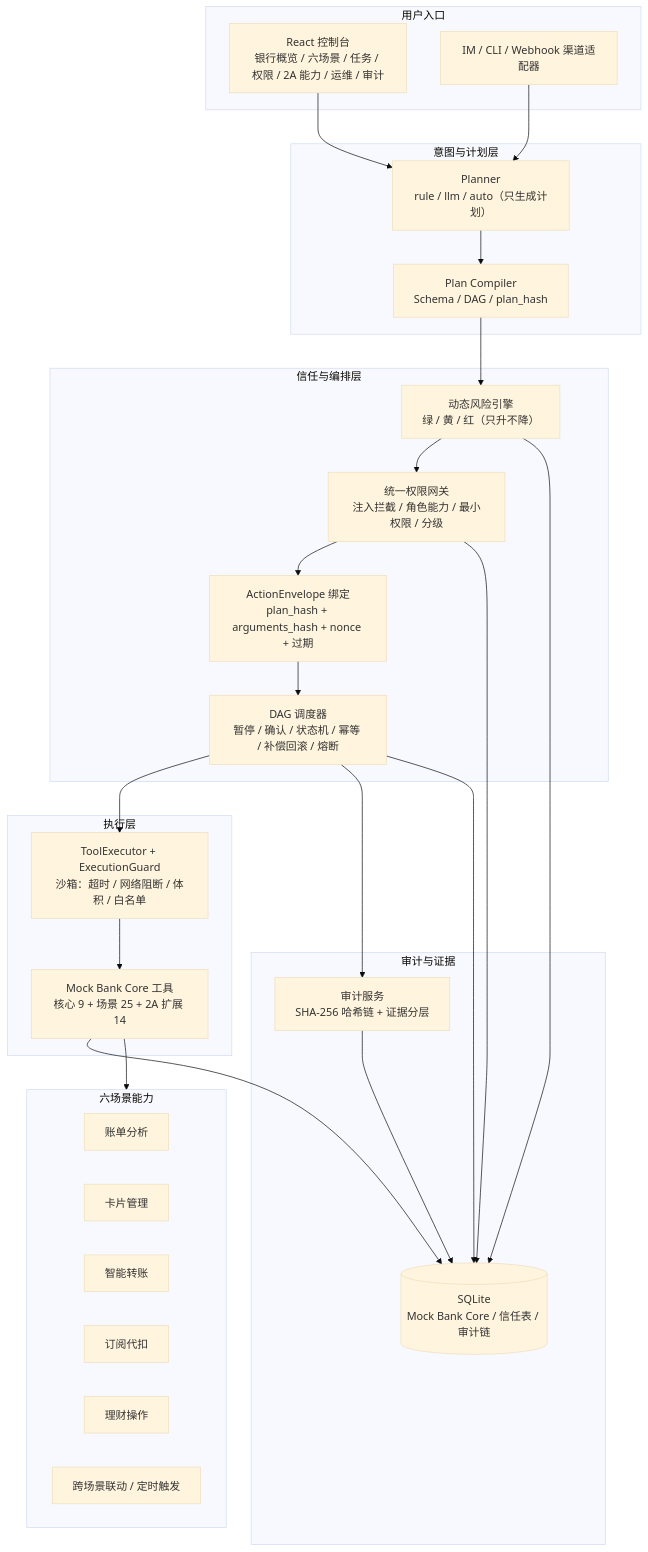
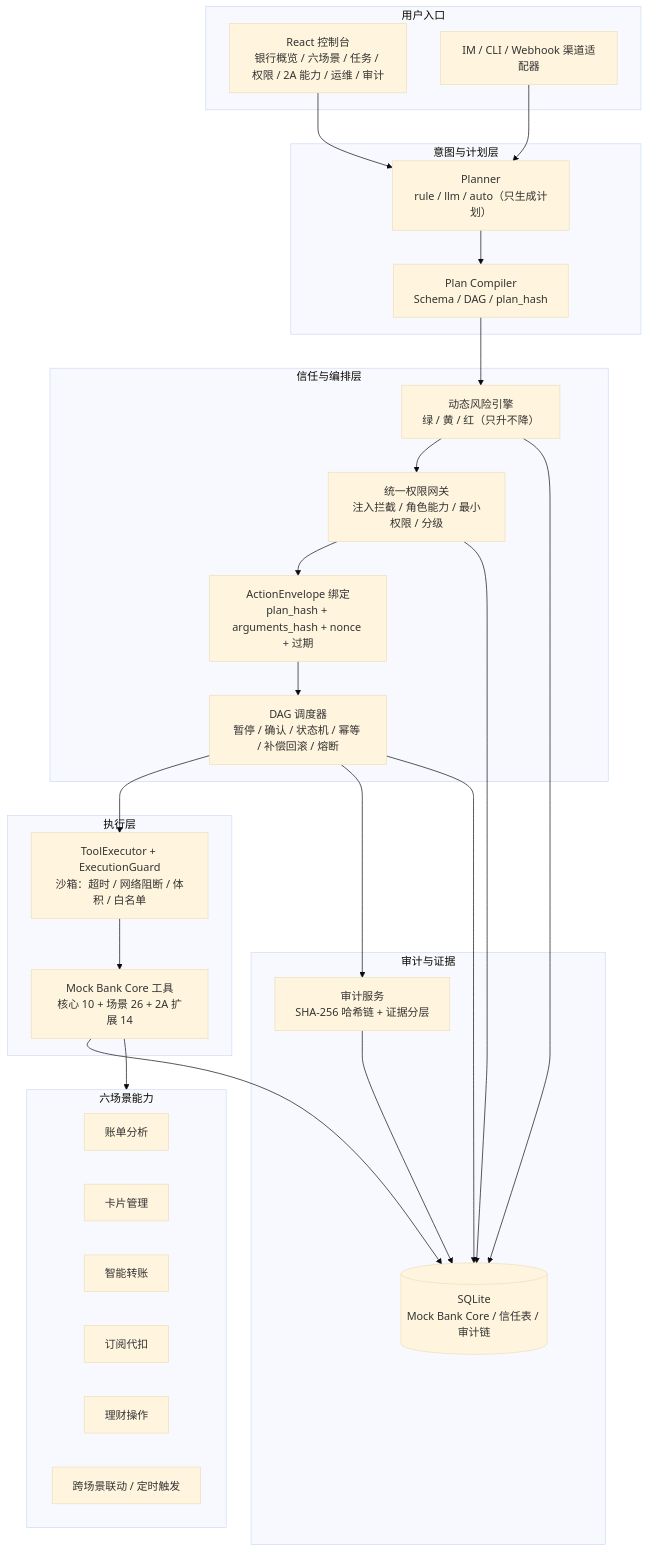
Before and after one commit to 0xChainAegis/aegisbank: the diagram in docs/architecture/aegisbank-architecture-v2.mmd, drawn with Mermaid (base theme). The commit also changed 1 other file, not shown here.

```diff
--- a/docs/architecture/aegisbank-architecture-v2.mmd
+++ b/docs/architecture/aegisbank-architecture-v2.mmd
@@ -1,48 +1,48 @@
 flowchart TB
   subgraph UX["用户入口"]
     UI["React 控制台<br/>银行概览 / 六场景 / 任务 / 权限 / 2A 能力 / 运维 / 审计"]
     IM["IM / CLI / Webhook 渠道适配器"]
   end
 
   subgraph PLAN["意图与计划层"]
     P["Planner<br/>rule / llm / auto（只生成计划）"]
     C["Plan Compiler<br/>Schema / DAG / plan_hash"]
   end
 
   subgraph TRUST["信任与编排层"]
     R["动态风险引擎<br/>绿 / 黄 / 红（只升不降）"]
     G["统一权限网关<br/>注入拦截 / 角色能力 / 最小权限 / 分级"]
     E["ActionEnvelope 绑定<br/>plan_hash + arguments_hash + nonce + 过期"]
     S["DAG 调度器<br/>暂停 / 确认 / 状态机 / 幂等 / 补偿回滚 / 熔断"]
   end
 
   subgraph EXEC["执行层"]
     X["ToolExecutor + ExecutionGuard<br/>沙箱：超时 / 网络阻断 / 体积 / 白名单"]
-    T["Mock Bank Core 工具<br/>核心 9 + 场景 25 + 2A 扩展 14"]
+    T["Mock Bank Core 工具<br/>核心 10 + 场景 26 + 2A 扩展 14"]
   end
 
   subgraph SCEN["六场景能力"]
     S1["账单分析"]
     S2["卡片管理"]
     S3["智能转账"]
     S4["订阅代扣"]
     S5["理财操作"]
     S6["跨场景联动 / 定时触发"]
   end
 
   subgraph AUDIT["审计与证据"]
     A["审计服务<br/>SHA-256 哈希链 + 证据分层"]
     DB[("SQLite<br/>Mock Bank Core / 信任表 / 审计链")]
   end
 
   UI --> P
   IM --> P
   P --> C --> R --> G --> E --> S
   S --> X --> T
   T --> SCEN
   S --> A
   T --> DB
   A --> DB
   S --> DB
   R --> DB
   G --> DB
```
